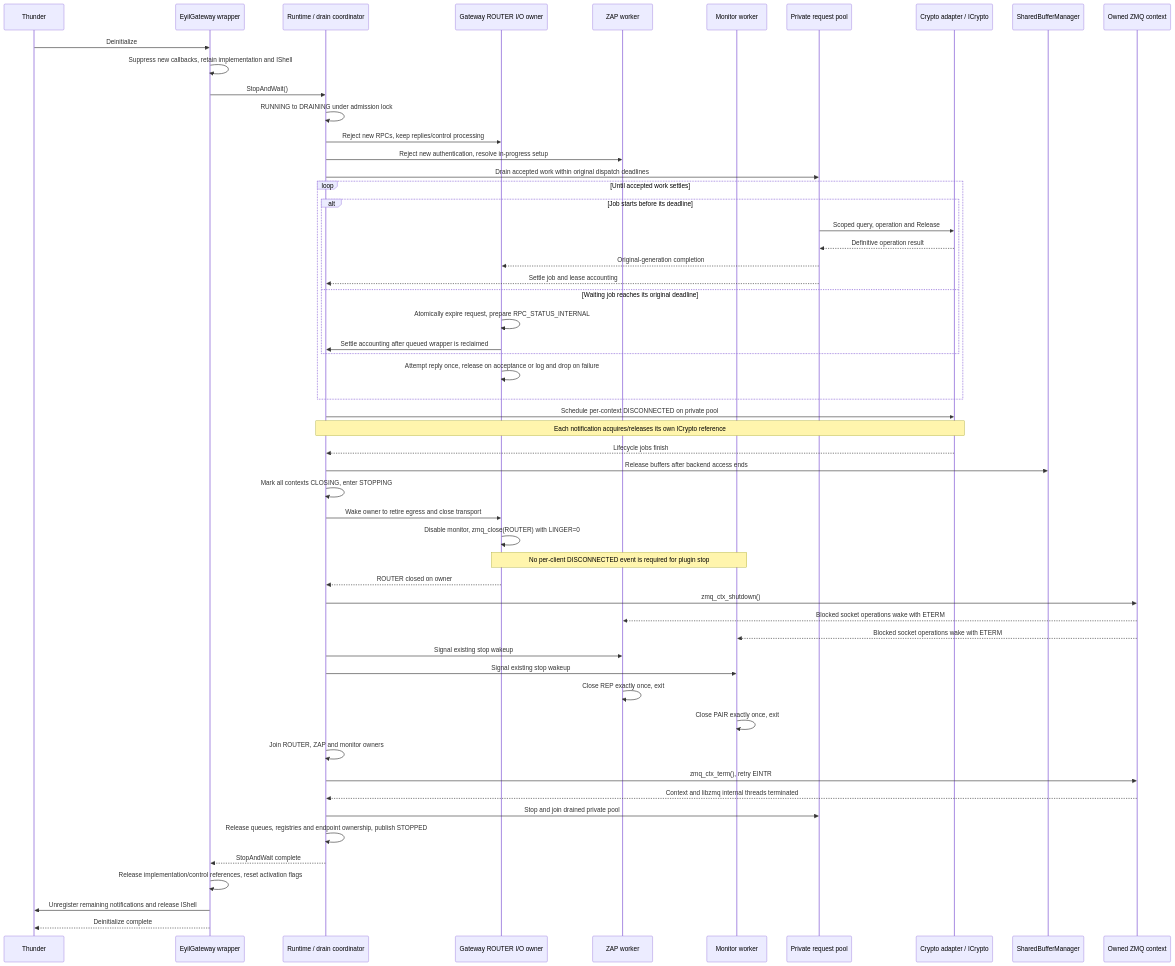
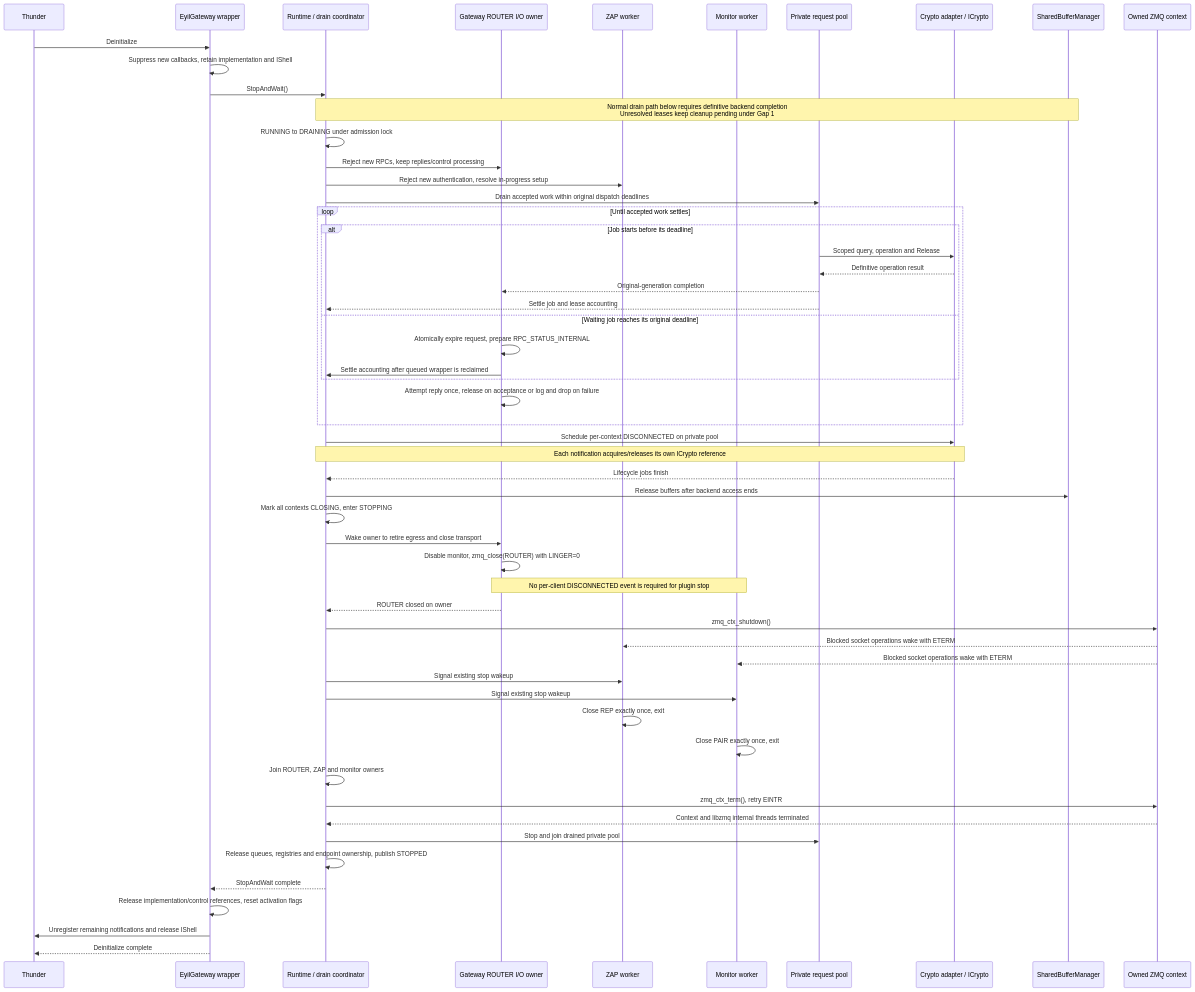
Before and after one commit to rdkcentral/eyil-secure-gateway: diagram 34 of 35 in doc/EyilSecureGateway.md, drawn with Mermaid. The commit also changed other lines of this file, not shown here.

````diff
--- a/doc/EyilSecureGateway.md
+++ b/doc/EyilSecureGateway.md
@@ -3609,57 +4380,58 @@
 ```mermaid
 sequenceDiagram
     participant T as Thunder
     participant P as EyilGateway wrapper
     participant I as Runtime / drain coordinator
     participant R as Gateway ROUTER I/O owner
     participant Z as ZAP worker
     participant M as Monitor worker
     participant W as Private request pool
     participant CP as Crypto adapter / ICrypto
     participant B as SharedBufferManager
     participant X as Owned ZMQ context
     T->>P: Deinitialize
     P->>P: Suppress new callbacks, retain implementation and IShell
     P->>I: StopAndWait()
+    Note over I,B: Normal drain path below requires definitive backend completion<br/>Unresolved leases keep cleanup pending under Gap 1
     I->>I: RUNNING to DRAINING under admission lock
     I->>R: Reject new RPCs, keep replies/control processing
     I->>Z: Reject new authentication, resolve in-progress setup
     I->>W: Drain accepted work within original dispatch deadlines
     loop Until accepted work settles
         alt Job starts before its deadline
             W->>CP: Scoped query, operation and Release
             CP-->>W: Definitive operation result
             W-->>R: Original-generation completion
             W-->>I: Settle job and lease accounting
         else Waiting job reaches its original deadline
             R->>R: Atomically expire request, prepare RPC_STATUS_INTERNAL
             R->>I: Settle accounting after queued wrapper is reclaimed
         end
         R->>R: Attempt reply once, release on acceptance or log and drop on failure
     end
     I->>CP: Schedule per-context DISCONNECTED on private pool
     Note over I,CP: Each notification acquires/releases its own ICrypto reference
     CP-->>I: Lifecycle jobs finish
     I->>B: Release buffers after backend access ends
     I->>I: Mark all contexts CLOSING, enter STOPPING
     I->>R: Wake owner to retire egress and close transport
     R->>R: Disable monitor, zmq_close(ROUTER) with LINGER=0
     Note over R,M: No per-client DISCONNECTED event is required for plugin stop
     R-->>I: ROUTER closed on owner
     I->>X: zmq_ctx_shutdown()
     X-->>Z: Blocked socket operations wake with ETERM
     X-->>M: Blocked socket operations wake with ETERM
     I->>Z: Signal existing stop wakeup
     I->>M: Signal existing stop wakeup
     Z->>Z: Close REP exactly once, exit
     M->>M: Close PAIR exactly once, exit
     I->>I: Join ROUTER, ZAP and monitor owners
     I->>X: zmq_ctx_term(), retry EINTR
     X-->>I: Context and libzmq internal threads terminated
     I->>W: Stop and join drained private pool
     I->>I: Release queues, registries and endpoint ownership, publish STOPPED
     I-->>P: StopAndWait complete
     P->>P: Release implementation/control references, reset activation flags
     P->>T: Unregister remaining notifications and release IShell
     P-->>T: Deinitialize complete
 ```
````
